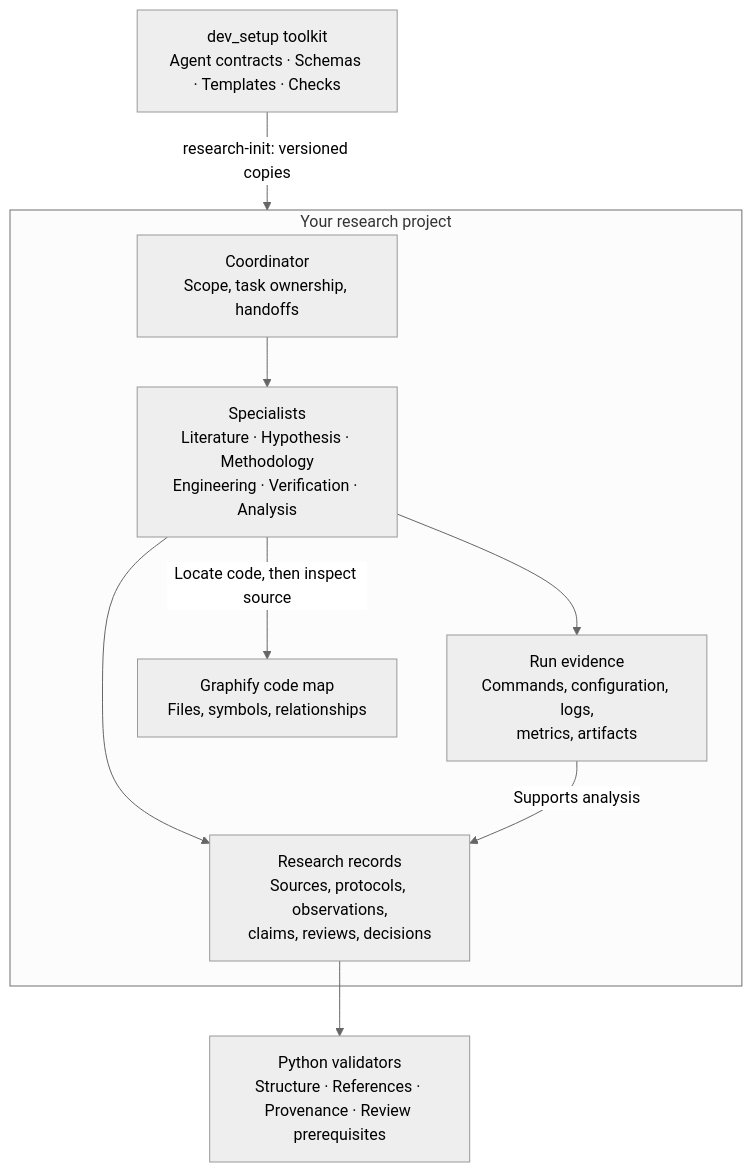
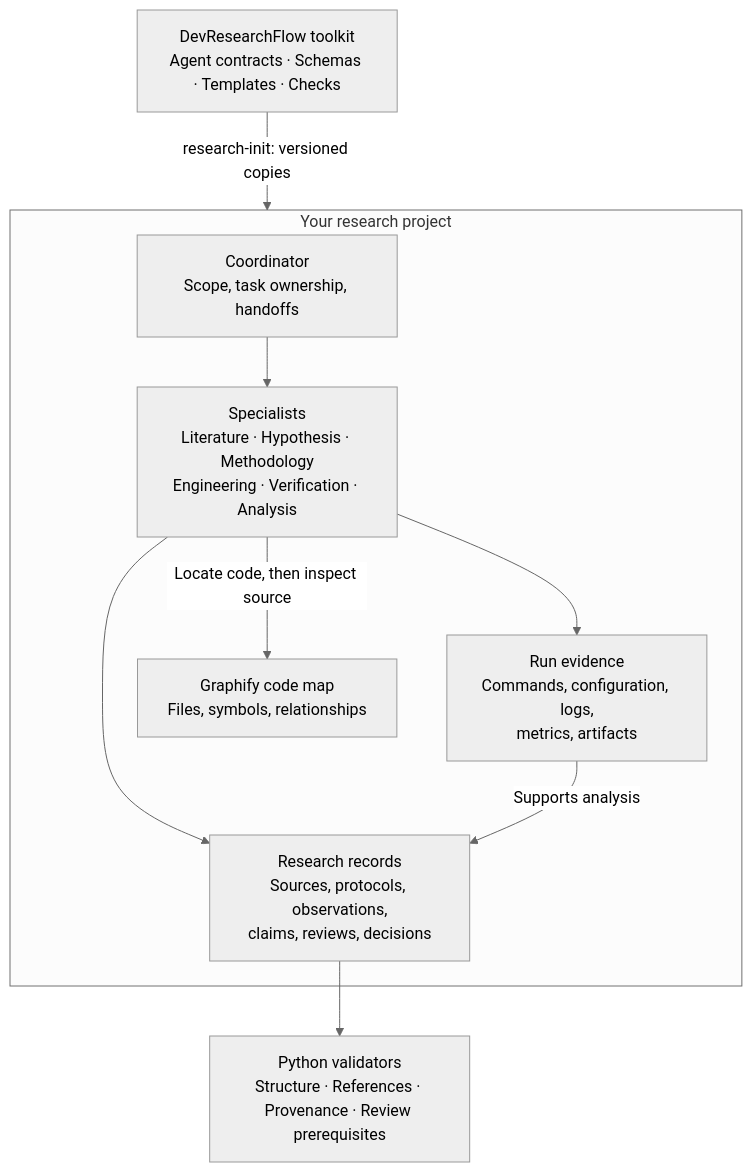
The diagram in README.md (Shakthi-Bala/DevResearchFlow), drawn with Mermaid (neutral theme) before and after one commit. The commit also changed other lines of this file and 2 other files, not shown here.

Commit message:
Align public documentation with DevResearchFlow repository name

````diff
--- a/README.md
+++ b/README.md
@@ -47,18 +47,18 @@
 ```mermaid
 flowchart TB
-    T["dev_setup toolkit<br/>Agent contracts · Schemas · Templates · Checks"]
+    T["DevResearchFlow toolkit<br/>Agent contracts · Schemas · Templates · Checks"]
     T -->|research-init: versioned copies| P
     subgraph P["Your research project"]
         C["Coordinator<br/>Scope, task ownership, handoffs"]
         S["Specialists<br/>Literature · Hypothesis · Methodology<br/>Engineering · Verification · Analysis"]
         K["Research records<br/>Sources, protocols, observations,<br/>claims, reviews, decisions"]
         R["Run evidence<br/>Commands, configuration, logs,<br/>metrics, artifacts"]
         G["Graphify code map<br/>Files, symbols, relationships"]
         C --> S
         S --> K
         S --> R
         S -->|Locate code, then inspect source| G
         R -->|Supports analysis| K
     end
     K --> V["Python validators<br/>Structure · References · Provenance · Review prerequisites"]
 ```
````
